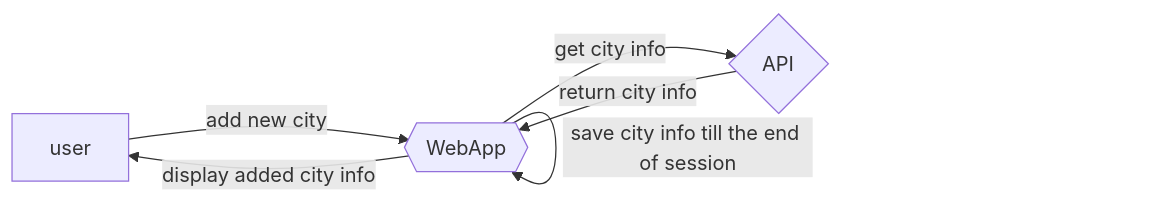
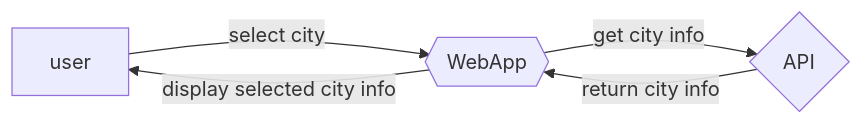
One commit to Exanim/Uni-Weather-app-project changed the diagram in docs/kovspec.md. Above: the diagram before and after it, drawn with Mermaid.

Commit message:
Fixed flowchart

````diff
--- a/docs/kovspec.md
+++ b/docs/kovspec.md
@@ -86,6 +86,5 @@
 ```mermaid
 flowchart LR
-    user -- add new city --> app{{WebApp}} -- get city info --> api{API}
-    api -- return city info --> app -- display added city info --> user
-    app -- save city info till the end of session --> app
+    user -- select city --> app{{WebApp}} -- get city info --> api{API}
+    api -- return city info --> app -- display selected city info --> user
 ```
````
